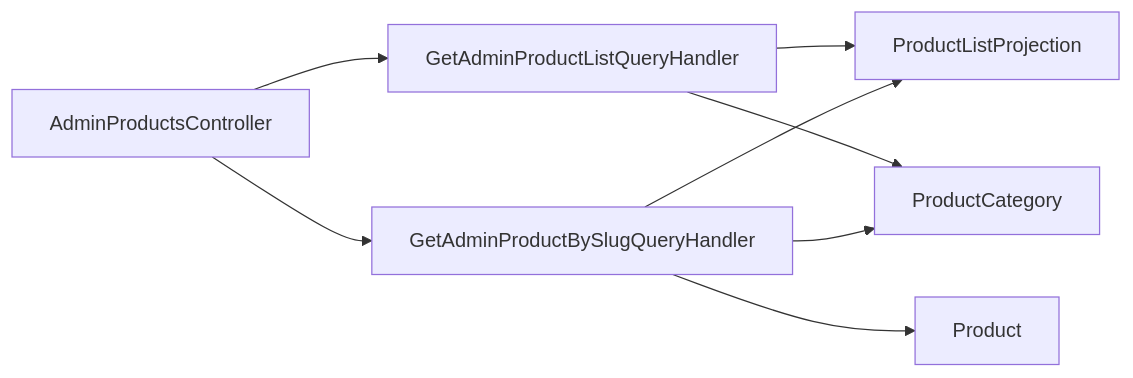
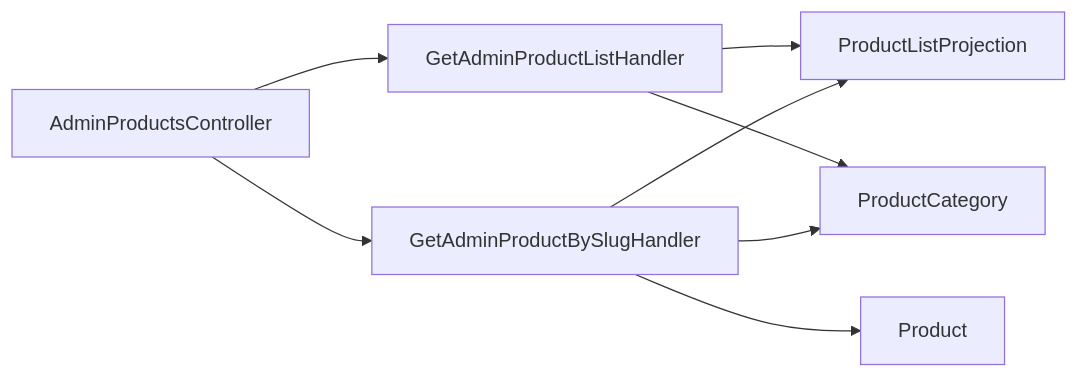
Before and after one commit to Weretik/KedrStore: the diagram in docs/sdd/features/catalog/admin-products.md, drawn with Mermaid. The commit also changed other lines of this file and 963 other files, not shown here.

````diff
--- a/docs/sdd/features/catalog/admin-products.md
+++ b/docs/sdd/features/catalog/admin-products.md
@@ -34,10 +34,10 @@
 ```mermaid
 flowchart LR
-    A["AdminProductsController"] --> B["GetAdminProductListQueryHandler"]
-    A --> G["GetAdminProductBySlugQueryHandler"]
+    A["AdminProductsController"] --> B["GetAdminProductListHandler"]
+    A --> G["GetAdminProductBySlugHandler"]
     B --> D["ProductListProjection"]
     B --> H["ProductCategory"]
     G --> D
     G --> E["Product"]
     G --> H["ProductCategory"]
 ```
````
